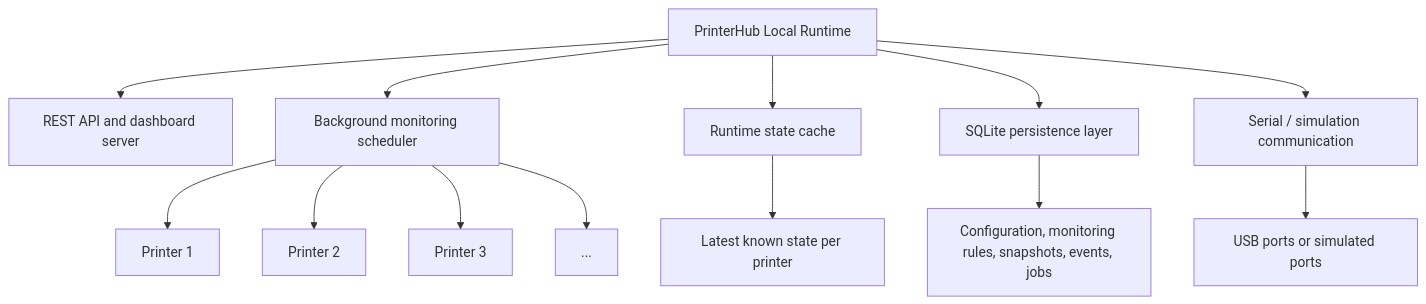
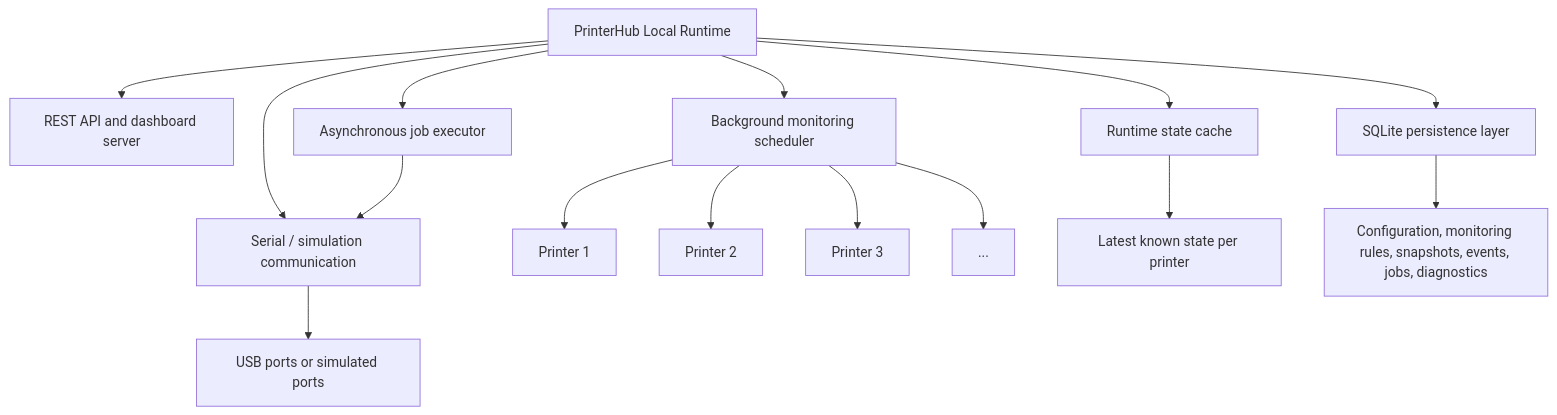
One commit to nathabee/printer-hub changed the first of 3 diagrams in README.md. Above: the diagram before and after it, drawn with Mermaid. The commit also changed other lines of this file and 13 other files, not shown here.

Commit message:
0.2.3 — step D — Asynchronous job execution and docs

````diff
--- a/README.md
+++ b/README.md
@@ -44,19 +48,21 @@
 ```mermaid
 flowchart TB
     runtime["PrinterHub Local Runtime"]
 
     runtime --> api["REST API and dashboard server"]
     runtime --> monitor["Background monitoring scheduler"]
+    runtime --> jobs["Asynchronous job executor"]
     runtime --> cache["Runtime state cache"]
     runtime --> persistence["SQLite persistence layer"]
     runtime --> serial["Serial / simulation communication"]
 
     monitor --> p1["Printer 1"]
     monitor --> p2["Printer 2"]
     monitor --> p3["Printer 3"]
     monitor --> px["..."]
 
     cache --> latest["Latest known state per printer"]
-    persistence --> data["Configuration, monitoring rules, snapshots, events, jobs"]
+    jobs --> serial
+    persistence --> data["Configuration, monitoring rules, snapshots, events, jobs, diagnostics"]
     serial --> ports["USB ports or simulated ports"]
 ```
````
